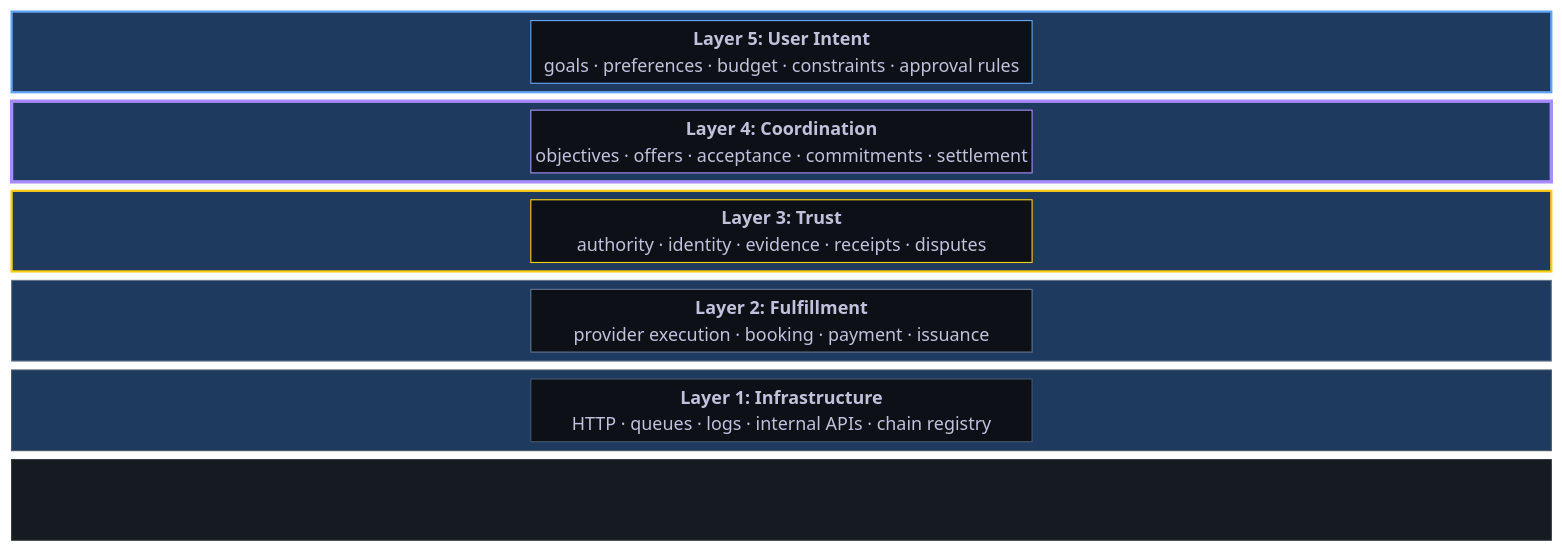
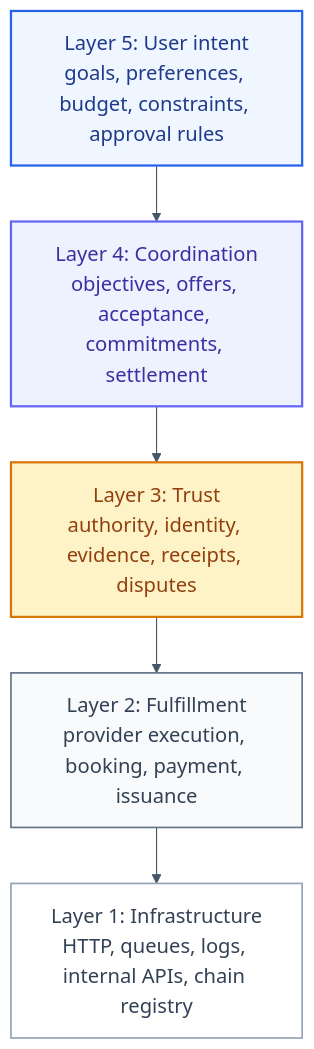
One commit to csehammad/covenant-layer changed the diagram in docs/img/architecture-layers.mmd. Above: the diagram before and after it, drawn with Mermaid. The commit also changed 9 other files, not shown here.

Commit message:
updated diagrams

```diff
--- a/docs/img/architecture-layers.mmd
+++ b/docs/img/architecture-layers.mmd
@@ -1,47 +1,13 @@
-%%{init: {'theme': 'base', 'themeVariables': { 'primaryColor': '#1a1a2e', 'primaryTextColor': '#e0e0e0', 'lineColor': '#888', 'background': '#0d1117', 'mainBkg': '#161b22', 'nodeBorder': '#30363d', 'edgeLabelBackground': '#161b22'}}}%%
+%%{init: {'theme': 'base', 'themeVariables': { 'background': '#ffffff', 'mainBkg': '#ffffff', 'primaryColor': '#eff6ff', 'primaryTextColor': '#0f172a', 'primaryBorderColor': '#2563eb', 'lineColor': '#475569', 'secondaryColor': '#f8fafc', 'tertiaryColor': '#eef2ff', 'clusterBkg': '#f8fafc', 'titleColor': '#0f172a', 'edgeLabelBackground': '#ffffff', 'fontSize': '18px', 'fontFamily': 'Inter, Arial, sans-serif' }}}%%
 
-block-beta
-    columns 1
-    block:L5:1
-        columns 3
-        space:1
-        L5T["<b>Layer 5: User Intent</b><br/>goals · preferences · budget · constraints · approval rules"]
-        space:1
-    end
-    block:L4:1
-        columns 3
-        space:1
-        L4T["<b>Layer 4: Coordination</b><br/>objectives · offers · acceptance · commitments · settlement"]
-        space:1
-    end
-    block:L3:1
-        columns 3
-        space:1
-        L3T["<b>Layer 3: Trust</b><br/>authority · identity · evidence · receipts · disputes"]
-        space:1
-    end
-    block:L2:1
-        columns 3
-        space:1
-        L2T["<b>Layer 2: Fulfillment</b><br/>provider execution · booking · payment · issuance"]
-        space:1
-    end
-    block:L1:1
-        columns 3
-        space:1
-        L1T["<b>Layer 1: Infrastructure</b><br/>HTTP · queues · logs · internal APIs · chain registry"]
-        space:1
-    end
+flowchart TB
+    L5["Layer 5: User intent<br/>goals, preferences, budget, constraints, approval rules"] --> L4["Layer 4: Coordination<br/>objectives, offers, acceptance, commitments, settlement"]
+    L4 --> L3["Layer 3: Trust<br/>authority, identity, evidence, receipts, disputes"]
+    L3 --> L2["Layer 2: Fulfillment<br/>provider execution, booking, payment, issuance"]
+    L2 --> L1["Layer 1: Infrastructure<br/>HTTP, queues, logs, internal APIs, chain registry"]
 
-    L5 --> L4 --> L3 --> L2 --> L1
-
-    style L5 fill:#1e3a5f,stroke:#60a5fa,color:#e0e0e0,stroke-width:2px
-    style L4 fill:#1e3a5f,stroke:#a78bfa,color:#e0e0e0,stroke-width:3px
-    style L3 fill:#1e3a5f,stroke:#facc15,color:#e0e0e0,stroke-width:2px
-    style L2 fill:#1e3a5f,stroke:#64748b,color:#e0e0e0,stroke-width:1px
-    style L1 fill:#1e3a5f,stroke:#475569,color:#e0e0e0,stroke-width:1px
-    style L5T fill:#0d1117,stroke:#60a5fa,color:#93c5fd
-    style L4T fill:#0d1117,stroke:#a78bfa,color:#c4b5fd
-    style L3T fill:#0d1117,stroke:#facc15,color:#fef08a
-    style L2T fill:#0d1117,stroke:#64748b,color:#94a3b8
-    style L1T fill:#0d1117,stroke:#475569,color:#94a3b8
+    style L5 fill:#eff6ff,stroke:#2563eb,color:#1e3a8a,stroke-width:2px
+    style L4 fill:#eef2ff,stroke:#6366f1,color:#3730a3,stroke-width:2px
+    style L3 fill:#fef3c7,stroke:#d97706,color:#92400e,stroke-width:2px
+    style L2 fill:#f8fafc,stroke:#64748b,color:#334155,stroke-width:1.5px
+    style L1 fill:#ffffff,stroke:#94a3b8,color:#334155,stroke-width:1.5px
```
